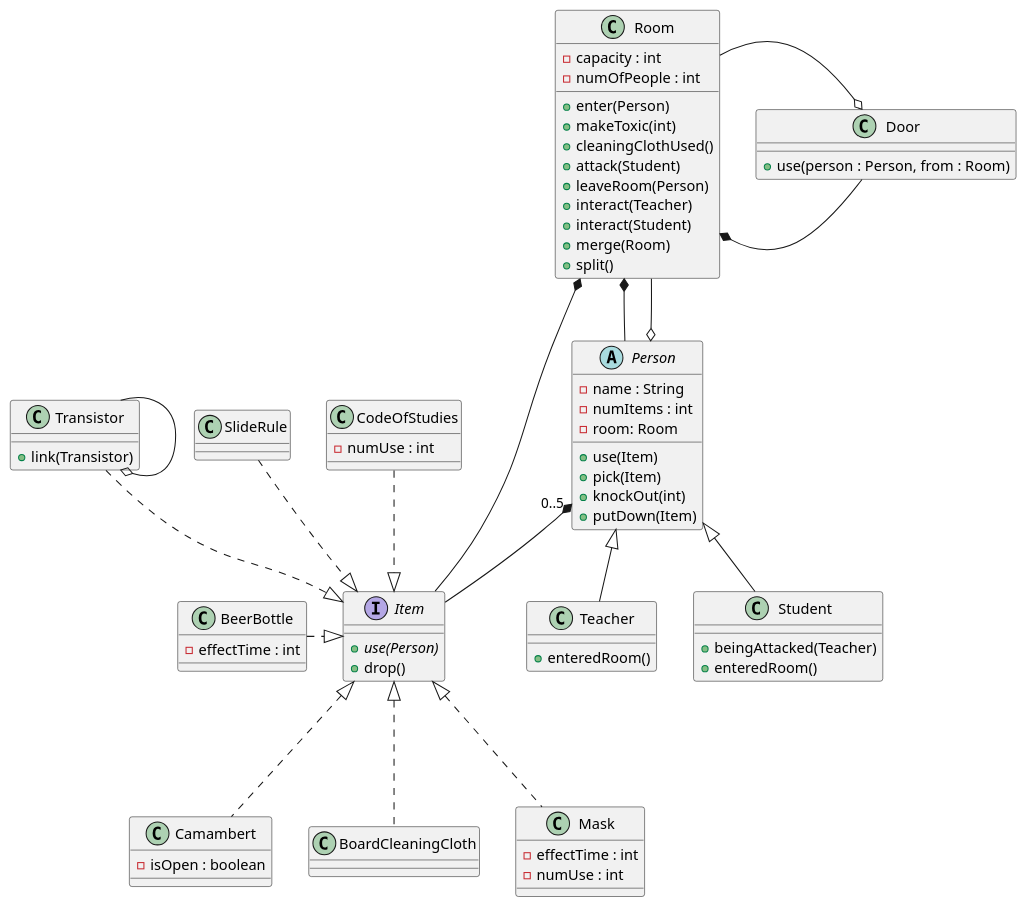
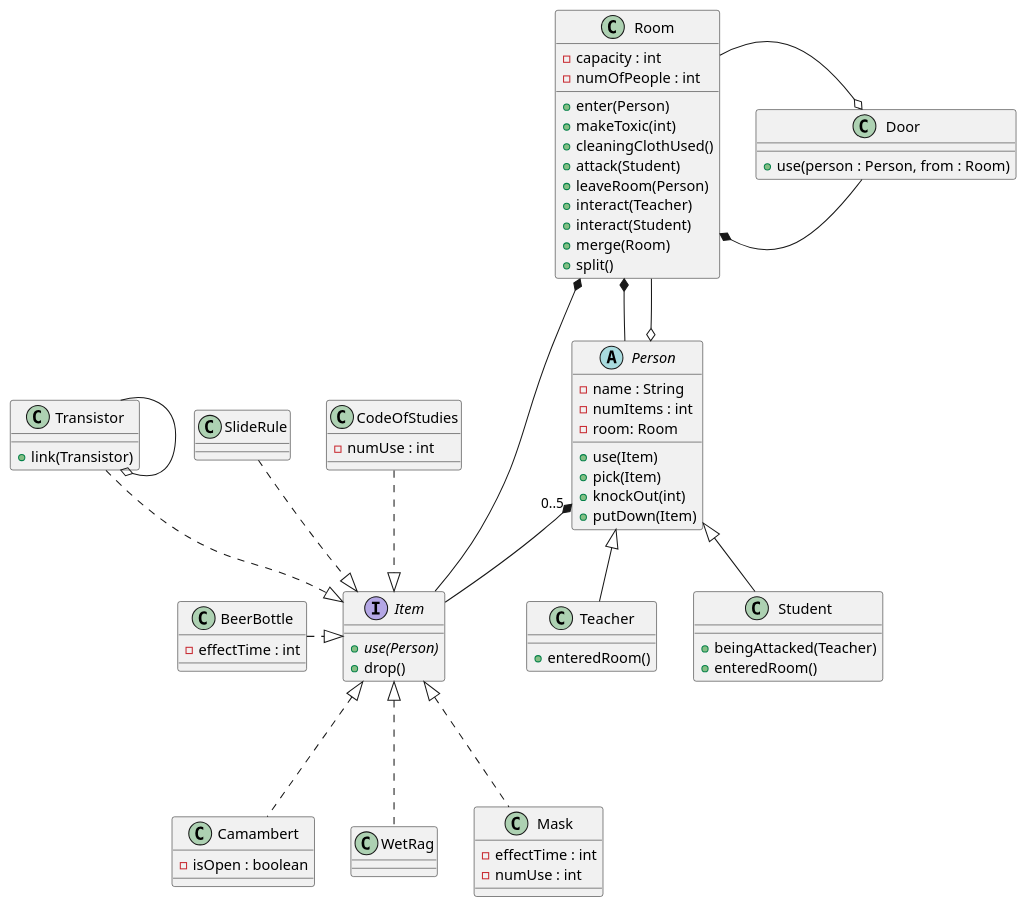
Before and after one commit to sn4k3ch4rm3r/logarlec: the diagram in docs/diagrams/class/static-structure.puml, drawn with PlantUML.

Commit message:
BoardCleaningCloth->WetRag

```diff
--- a/docs/diagrams/class/static-structure.puml
+++ b/docs/diagrams/class/static-structure.puml
@@ -1,78 +1,78 @@
 @startuml static-structure
 abstract class Person {
     -name : String
     -numItems : int
     -room: Room
     +use(Item) 
     +pick(Item)
     +knockOut(int)
     +putDown(Item)
 }
 interface Item {
     {abstract} +use(Person)
     +drop()
 }
 class Room {
     -capacity : int
     -numOfPeople : int
     +enter(Person)
     +makeToxic(int)
     +cleaningClothUsed()
     +attack(Student)
     +leaveRoom(Person)
 	+interact(Teacher)
 	+interact(Student)
     +merge(Room)
     +split()
 }
 class Door {
     +use(person : Person, from : Room)
 }
 class Transistor {
 	+link(Transistor)
 }
 class Camambert {
     -isOpen : boolean
 }
 class BeerBottle {
     -effectTime : int
 }
 class CodeOfStudies {
     -numUse : int
 }
-class BoardCleaningCloth {
+class WetRag {
 }
 class Mask {
     -effectTime : int
     -numUse : int
 }
 class SlideRule {
 }
 
 class Teacher {
     +enteredRoom()
 }
 class Student {
     +beingAttacked(Teacher)
     +enteredRoom()
 }
 
  Person <|-- Student
  Person <|-- Teacher
  Room *-- Person
  Room *-- Item
  Room *- Door
  Room -o Door
  Room --o Person
  Transistor --o Transistor
 
  Person "0..5"*-- Item
  Item <|.up- CodeOfStudies
  Item <|.up- SlideRule
  Item <|.up- Transistor
  Item <|.left- BeerBottle
- Item <|.down-- BoardCleaningCloth
+ Item <|.down-- WetRag
  Item <|.down-- Mask
  Item <|.down-- Camambert
 '  Door <|-- Transistor
 @enduml
```
